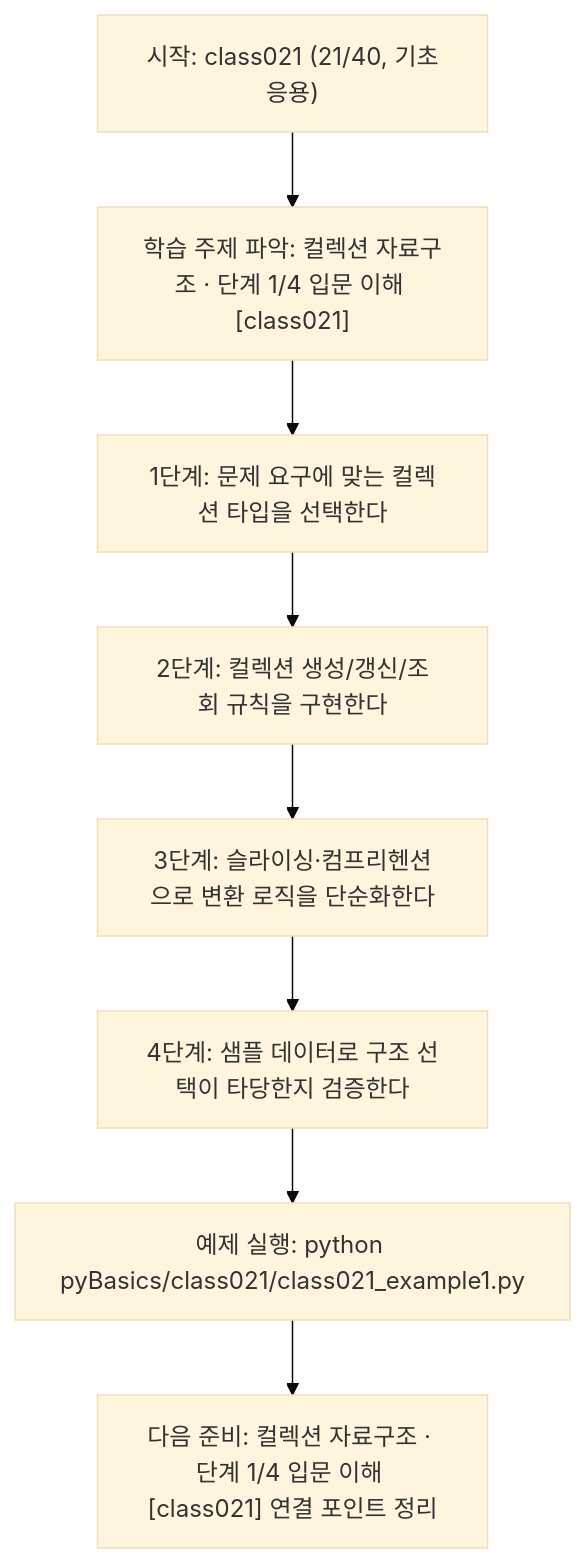
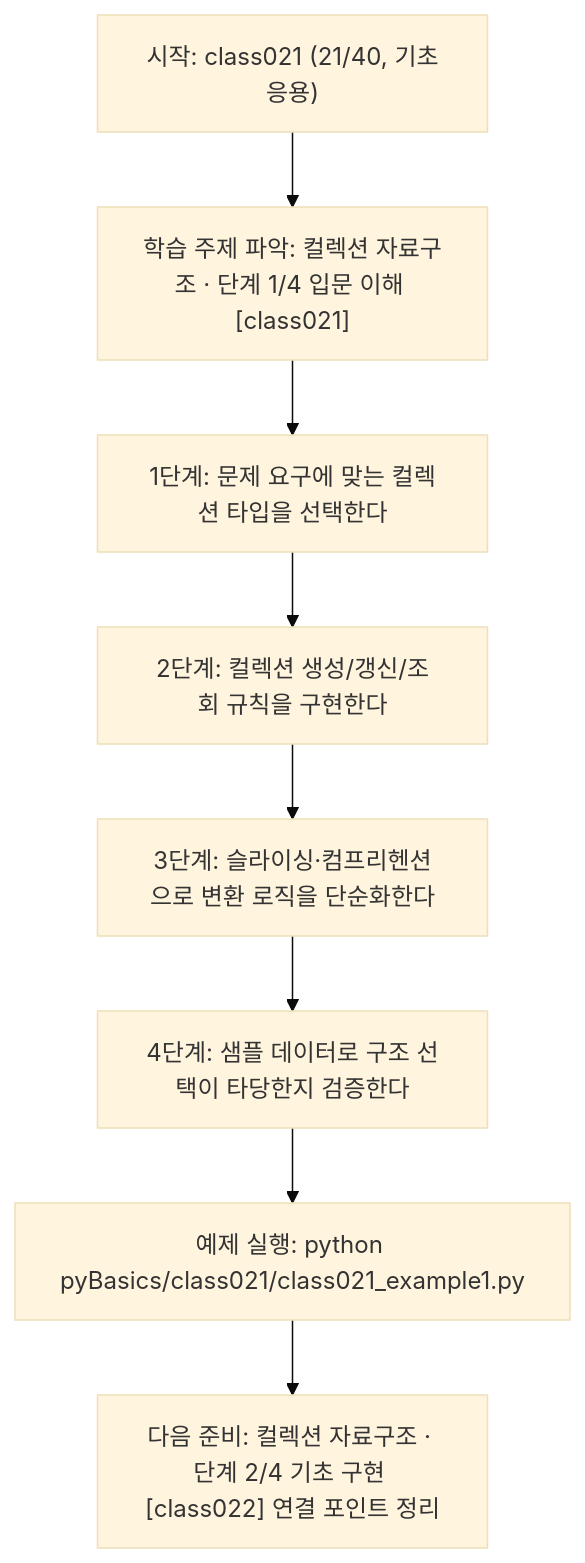
The diagram in pyBasics/class021/class021.md (edumgt/Python-AI_Agent-Class), drawn with Mermaid (base theme) before and after one commit. The commit also changed other lines of this file and 2370 other files, not shown here.

````diff
--- a/pyBasics/class021/class021.md
+++ b/pyBasics/class021/class021.md
@@ -109,18 +91,18 @@
 ```mermaid
 flowchart TD
 N1["시작: class021 (21/40, 기초응용)"]
 N2["학습 주제 파악: 컬렉션 자료구조 · 단계 1/4 입문 이해 [class021]"]
 N3["1단계: 문제 요구에 맞는 컬렉션 타입을 선택한다"]
 N4["2단계: 컬렉션 생성/갱신/조회 규칙을 구현한다"]
 N5["3단계: 슬라이싱·컴프리헨션으로 변환 로직을 단순화한다"]
 N6["4단계: 샘플 데이터로 구조 선택이 타당한지 검증한다"]
 N7["예제 실행: python pyBasics/class021/class021_example1.py"]
-N8["다음 준비: 컬렉션 자료구조 · 단계 1/4 입문 이해 [class021] 연결 포인트 정리"]
+N8["다음 준비: 컬렉션 자료구조 · 단계 2/4 기초 구현 [class022] 연결 포인트 정리"]
 N1 --> N2
 N2 --> N3
 N3 --> N4
 N4 --> N5
 N5 --> N6
 N6 --> N7
 N7 --> N8
 ```
````
